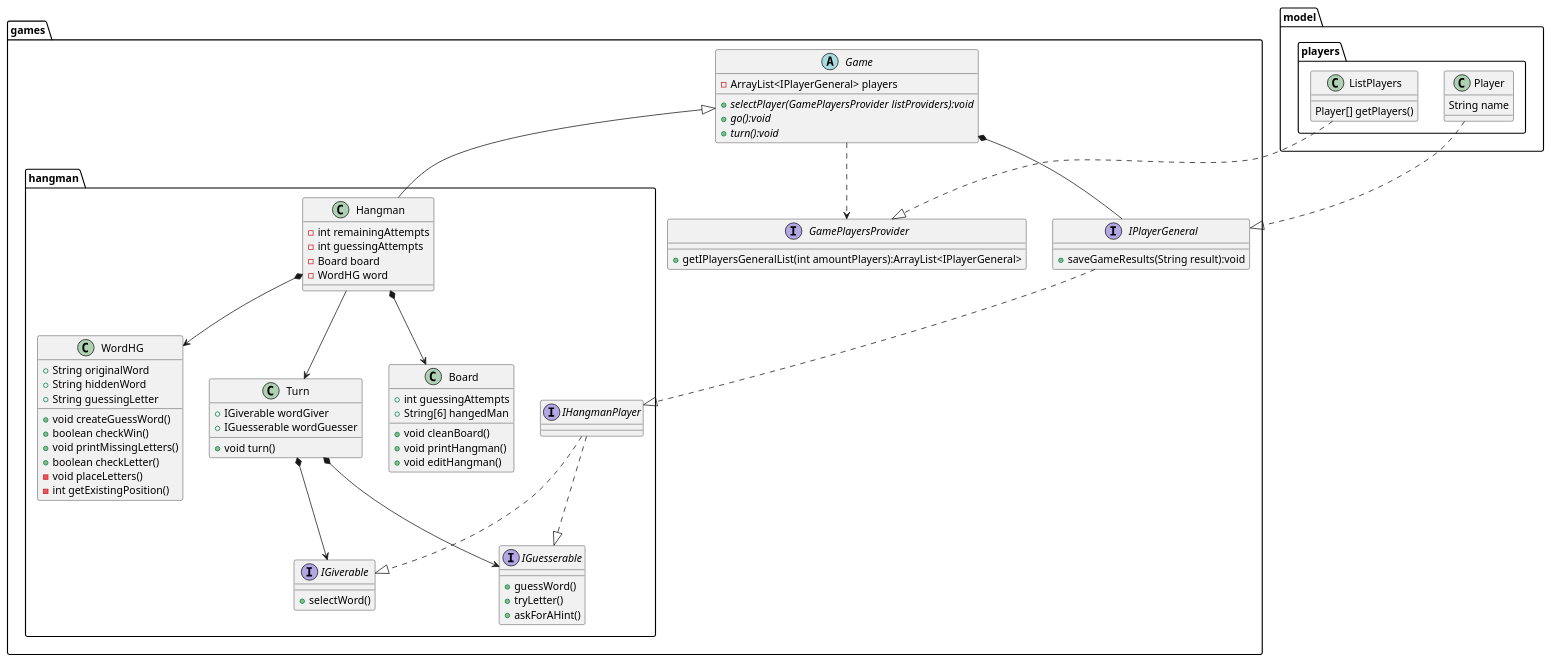
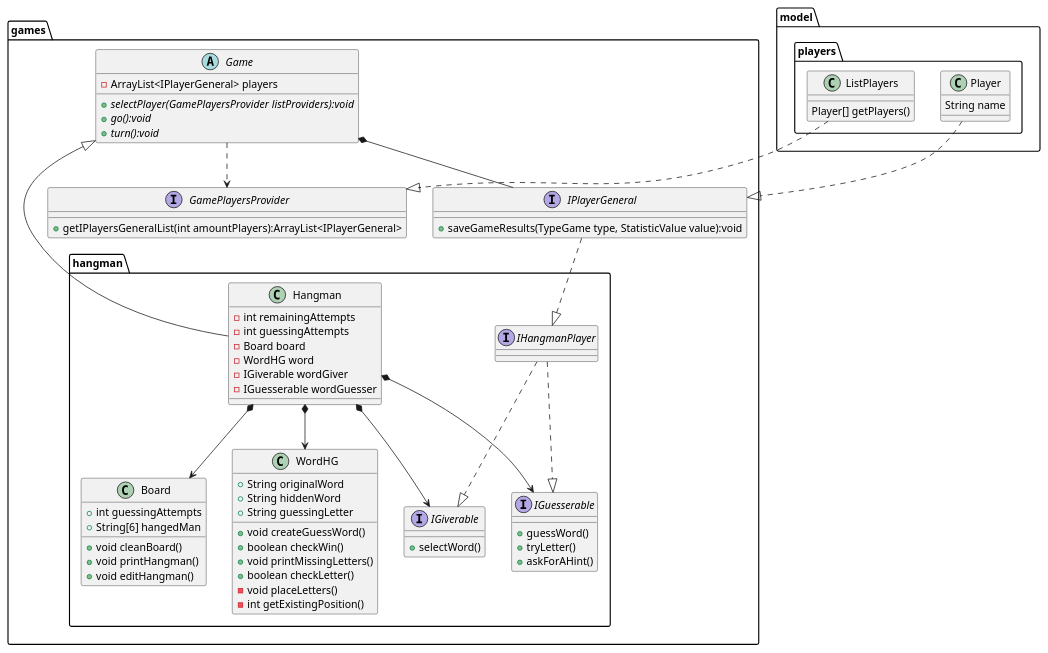
One commit to LouisGonzalez/ExcerciseGames-ItFundamentals changed the diagram in docs/ClassDiagramHG2.wsd. Above: the diagram before and after it, drawn with PlantUML. The commit also changed 1 other file, not shown here.

```diff
--- a/docs/ClassDiagramHG2.wsd
+++ b/docs/ClassDiagramHG2.wsd
@@ -1,112 +1,107 @@
 @startuml ClassTicTacToe
 
 
 package games {
 
     interface GamePlayersProvider {
         + getIPlayersGeneralList(int amountPlayers):ArrayList<IPlayerGeneral>
     }
 
 abstract Game {
     - ArrayList<IPlayerGeneral> players
     + {abstract}selectPlayer(GamePlayersProvider listProviders):void
     + {abstract}go():void
     + {abstract}turn():void
 }
 
 interface IPlayerGeneral{
-    + saveGameResults(String result):void
+    + saveGameResults(TypeGame type, StatisticValue value):void
 }
 
 package hangman {
 
     class Hangman{
         - int remainingAttempts
         - int guessingAttempts
         - Board board
         - WordHG word
+        - IGiverable wordGiver
+        - IGuesserable wordGuesser
     }
 
     class Board {
         + int guessingAttempts
         + String[6] hangedMan
         + void cleanBoard()
         + void printHangman()
         + void editHangman()
 
     }
 
     class WordHG{
         + String originalWord
         + String hiddenWord
         + String guessingLetter
         + void createGuessWord()
         + boolean checkWin()
         + void printMissingLetters()
         + boolean checkLetter()
         - void placeLetters()
         - int getExistingPosition()
-    }
-
-    class Turn{
-        + IGiverable wordGiver
-        + IGuesserable wordGuesser
-        + void turn()
     }
 
     interface IHangmanPlayer{}
 
     interface IGiverable{
         + selectWord()
     }
 
     interface IGuesserable{
         + guessWord()
         + tryLetter()
         + askForAHint()
     }
 
 }
 
 }
 
 package model {
 
     package players {
 
         class Player {
             String name
         }
         
         class ListPlayers{
             Player[] getPlayers()
         }
 
     }
 
 }
 
 Player ..|> IPlayerGeneral
 
 Hangman *--> Board
 Hangman *--> WordHG
-Hangman --> Turn
 
 Game ..> GamePlayersProvider
 
 IPlayerGeneral ..|> IHangmanPlayer
 IHangmanPlayer ..|> IGiverable
 IHangmanPlayer ..|> IGuesserable
 
 ListPlayers ..|> GamePlayersProvider
 
 Game *-- IPlayerGeneral
 
-Turn *--> IGiverable
-Turn *--> IGuesserable
+Hangman *--> IGiverable
+Hangman *--> IGuesserable
 
 Hangman -up-|> Game
 
 
 
 @enduml
```
